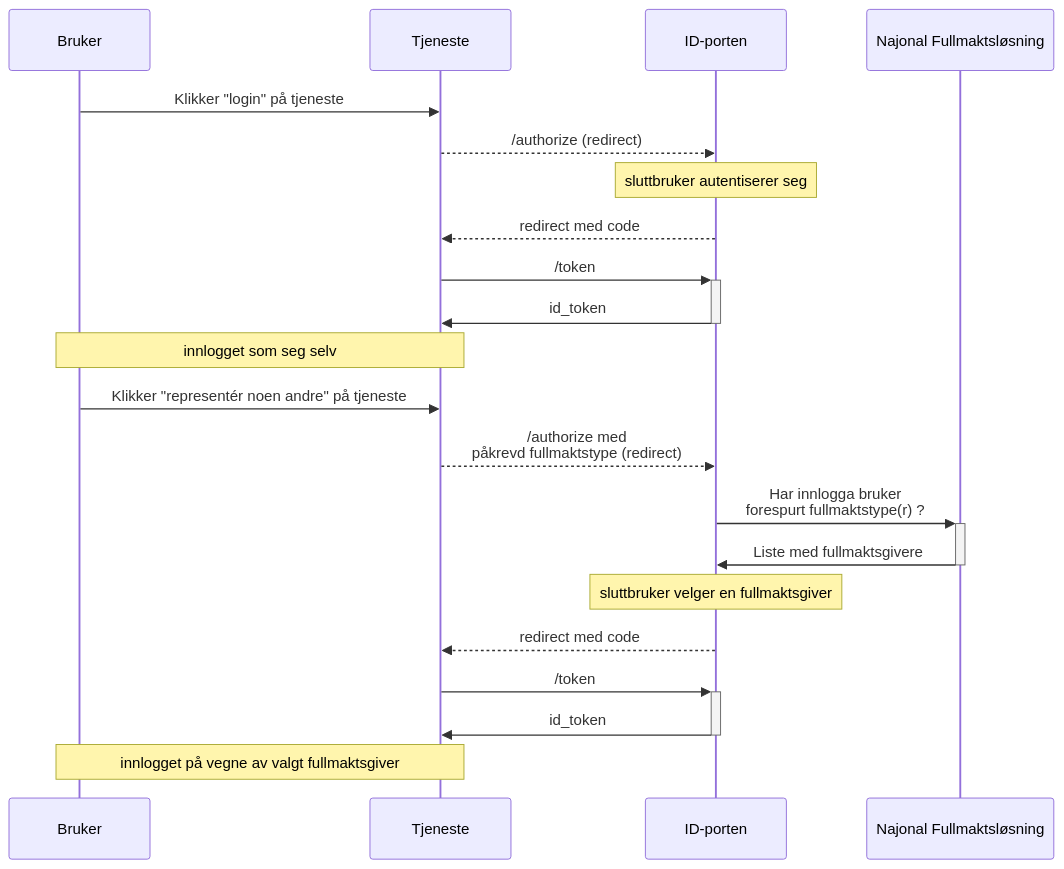
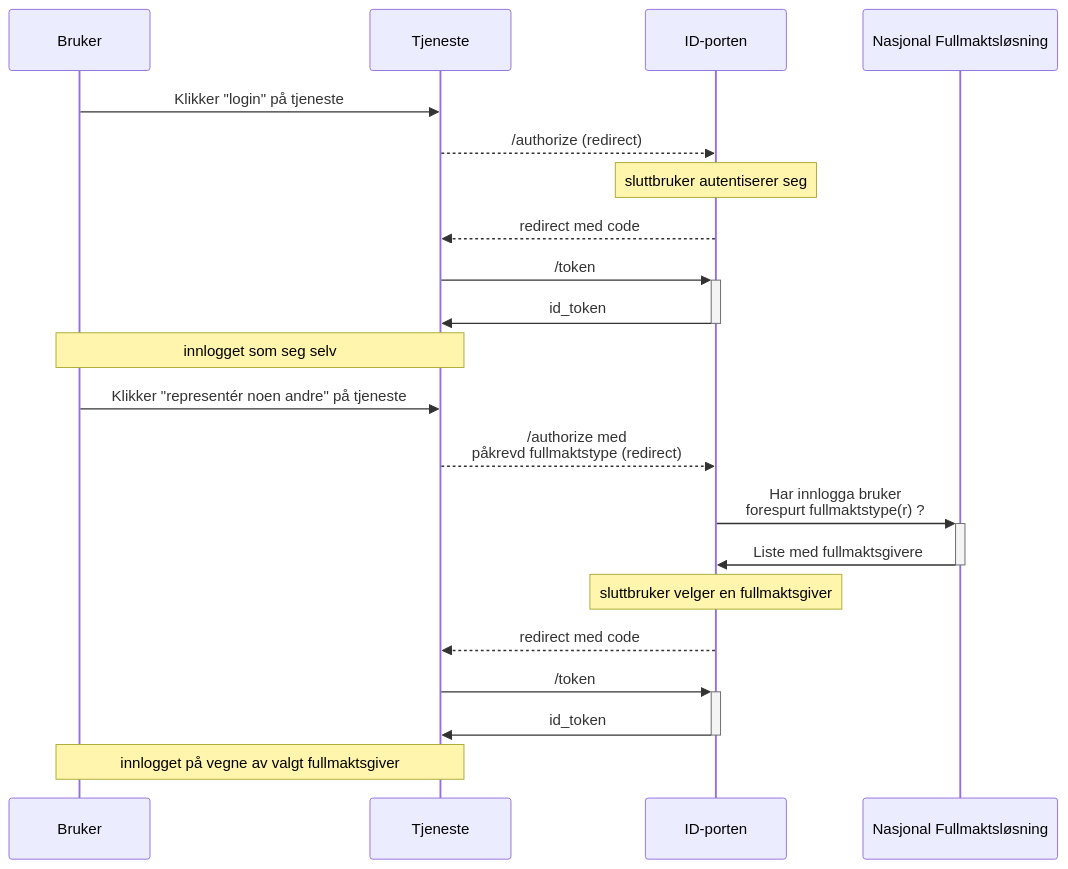
One commit to joergenb/docs changed the diagram in _docs/idporten/oidc/oidc_auth_fullmakt.md. Above: the diagram before and after it, drawn with Mermaid. The commit also changed other lines of this file, not shown here.

```diff
--- a/_docs/idporten/oidc/oidc_auth_fullmakt.md
+++ b/_docs/idporten/oidc/oidc_auth_fullmakt.md
@@ -61,26 +61,26 @@
 <div class="mermaid">
 sequenceDiagram
 
 participant B as Bruker
 participant C as Tjeneste
 participant A as ID-porten
-participant S as Najonal Fullmaktsløsning
+participant S as Nasjonal Fullmaktsløsning
 
 B->>C: Klikker "login" på tjeneste
 C-->>A: /authorize (redirect)
 note over A: sluttbruker autentiserer seg
 A-->>C: redirect med code
 C->>+A: /token
 A->>-C: id_token
 note over B,C: innlogget som seg selv
 
 B->>C: Klikker "representér noen andre" på tjeneste
 C-->>A: /authorize med <br/>påkrevd fullmaktstype (redirect)
 A->>+S: Har innlogga bruker <br/>forespurt fullmaktstype(r) ?
 S->>-A: Liste med fullmaktsgivere
 note over A: sluttbruker velger en fullmaktsgiver
 A-->>C: redirect med code
 C->>+A: /token
 A->>-C: id_token
 note over B,C: innlogget på vegne av valgt fullmaktsgiver
 </div>
```
